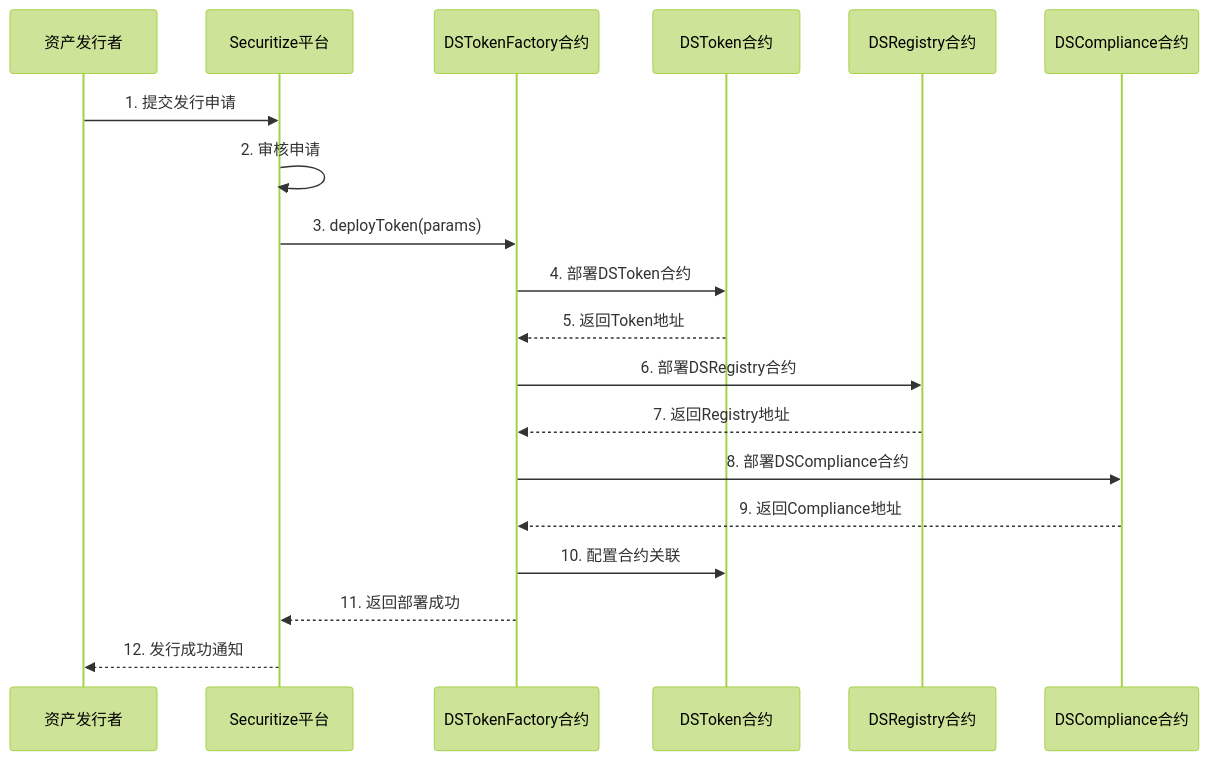
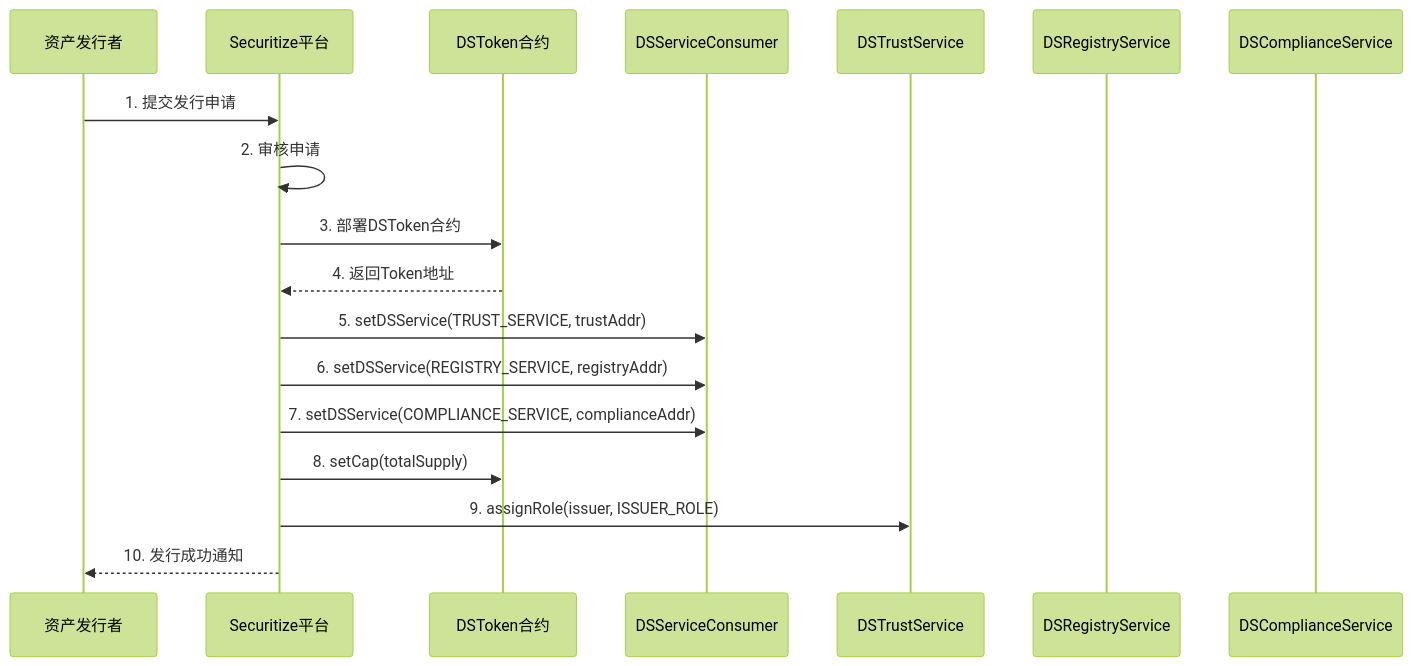
Before and after one commit to USDAble/rwa-husd-docs: the second of 4 diagrams in product-analysis/RWA-Protocols/Securitize/technical-deep-dive.md, drawn with Mermaid (forest theme). The commit also changed other lines of this file, not shown here.

````diff
--- a/product-analysis/RWA-Protocols/Securitize/technical-deep-dive.md
+++ b/product-analysis/RWA-Protocols/Securitize/technical-deep-dive.md
@@ -149,22 +157,21 @@
 ```mermaid
 sequenceDiagram
     participant Issuer as 资产发行者
     participant Platform as Securitize平台
-    participant Factory as DSTokenFactory合约
     participant Token as DSToken合约
-    participant Registry as DSRegistry合约
-    participant Compliance as DSCompliance合约
+    participant Service as DSServiceConsumer
+    participant Trust as DSTrustService
+    participant Registry as DSRegistryService
+    participant Compliance as DSComplianceService
 
     Issuer->>Platform: 1. 提交发行申请
     Platform->>Platform: 2. 审核申请
-    Platform->>Factory: 3. deployToken(params)
-    Factory->>Token: 4. 部署DSToken合约
-    Token-->>Factory: 5. 返回Token地址
-    Factory->>Registry: 6. 部署DSRegistry合约
-    Registry-->>Factory: 7. 返回Registry地址
-    Factory->>Compliance: 8. 部署DSCompliance合约
-    Compliance-->>Factory: 9. 返回Compliance地址
-    Factory->>Token: 10. 配置合约关联
-    Factory-->>Platform: 11. 返回部署成功
-    Platform-->>Issuer: 12. 发行成功通知
+    Platform->>Token: 3. 部署DSToken合约
+    Token-->>Platform: 4. 返回Token地址
+    Platform->>Service: 5. setDSService(TRUST_SERVICE, trustAddr)
+    Platform->>Service: 6. setDSService(REGISTRY_SERVICE, registryAddr)
+    Platform->>Service: 7. setDSService(COMPLIANCE_SERVICE, complianceAddr)
+    Platform->>Token: 8. setCap(totalSupply)
+    Platform->>Trust: 9. assignRole(issuer, ISSUER_ROLE)
+    Platform-->>Issuer: 10. 发行成功通知
 ```
````
